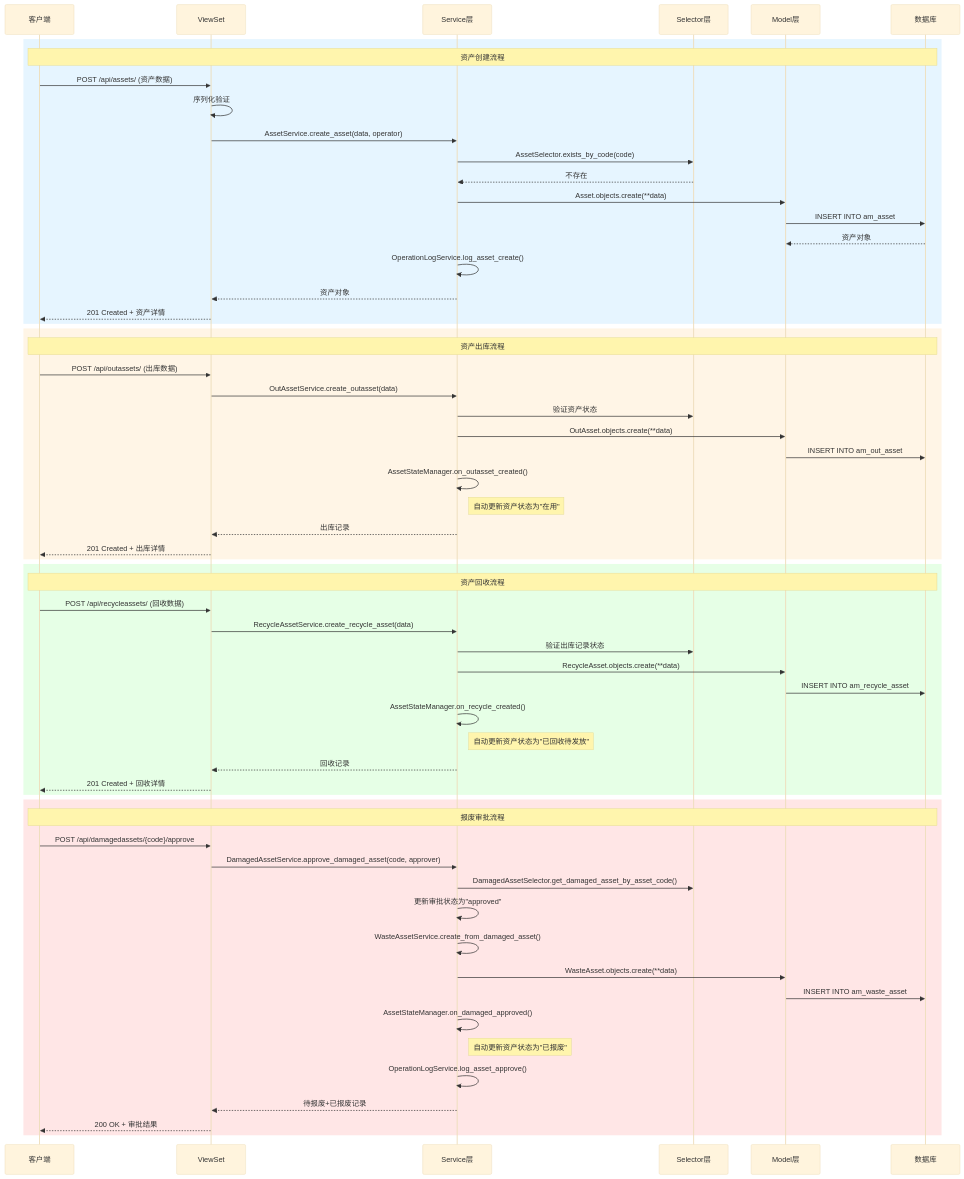
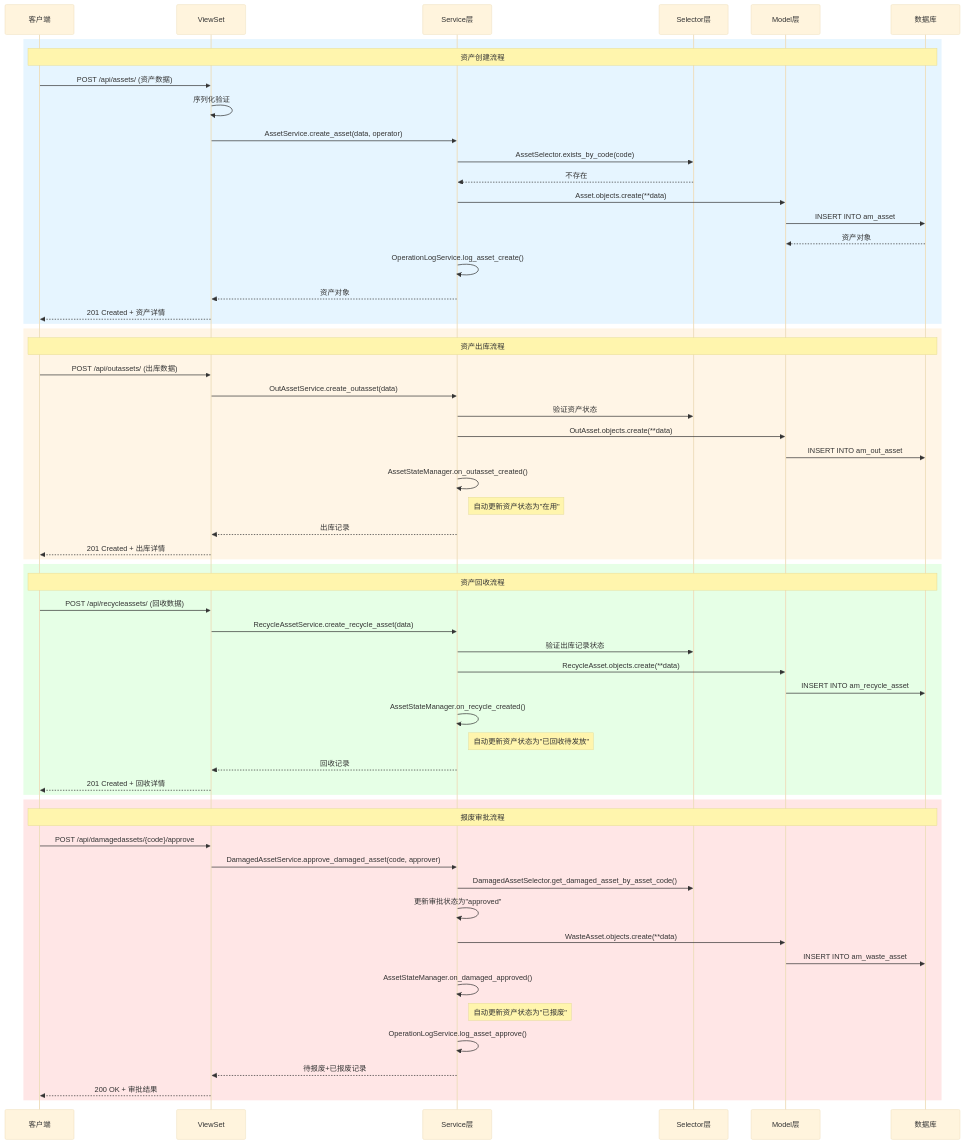
Before and after one commit to aquarius-cc/asset_management_backend: the fourth of 7 diagrams in docs/CODE_KNOWLEDGE_GRAPH.md, drawn with Mermaid (base theme). The commit also changed other lines of this file and 19 other files, not shown here.

````diff
--- a/docs/CODE_KNOWLEDGE_GRAPH.md
+++ b/docs/CODE_KNOWLEDGE_GRAPH.md
@@ -510,70 +506,69 @@
 ```mermaid
 sequenceDiagram
     participant Client as 客户端
     participant View as ViewSet
     participant Service as Service层
     participant Selector as Selector层
     participant Model as Model层
     participant DB as 数据库
 
     %% 创建资产流程
     rect rgb(230, 245, 255)
         Note over Client,DB: 资产创建流程
         Client->>View: POST /api/assets/ (资产数据)
         View->>View: 序列化验证
         View->>Service: AssetService.create_asset(data, operator)
         Service->>Selector: AssetSelector.exists_by_code(code)
         Selector-->>Service: 不存在
         Service->>Model: Asset.objects.create(**data)
         Model->>DB: INSERT INTO am_asset
         DB-->>Model: 资产对象
         Service->>Service: OperationLogService.log_asset_create()
         Service-->>View: 资产对象
         View-->>Client: 201 Created + 资产详情
     end
 
     %% 资产出库流程
     rect rgb(255, 245, 230)
         Note over Client,DB: 资产出库流程
         Client->>View: POST /api/outassets/ (出库数据)
         View->>Service: OutAssetService.create_outasset(data)
         Service->>Selector: 验证资产状态
         Service->>Model: OutAsset.objects.create(**data)
         Model->>DB: INSERT INTO am_out_asset
         Service->>Service: AssetStateManager.on_outasset_created()
         Note right of Service: 自动更新资产状态为"在用"
         Service-->>View: 出库记录
         View-->>Client: 201 Created + 出库详情
     end
 
     %% 资产回收流程
     rect rgb(230, 255, 230)
         Note over Client,DB: 资产回收流程
         Client->>View: POST /api/recycleassets/ (回收数据)
         View->>Service: RecycleAssetService.create_recycle_asset(data)
         Service->>Selector: 验证出库记录状态
         Service->>Model: RecycleAsset.objects.create(**data)
         Model->>DB: INSERT INTO am_recycle_asset
         Service->>Service: AssetStateManager.on_recycle_created()
         Note right of Service: 自动更新资产状态为"已回收待发放"
         Service-->>View: 回收记录
         View-->>Client: 201 Created + 回收详情
     end
 
     %% 报废审批流程
     rect rgb(255, 230, 230)
         Note over Client,DB: 报废审批流程
         Client->>View: POST /api/damagedassets/{code}/approve
         View->>Service: DamagedAssetService.approve_damaged_asset(code, approver)
         Service->>Selector: DamagedAssetSelector.get_damaged_asset_by_asset_code()
         Service->>Service: 更新审批状态为"approved"
-        Service->>Service: WasteAssetService.create_from_damaged_asset()
         Service->>Model: WasteAsset.objects.create(**data)
         Model->>DB: INSERT INTO am_waste_asset
         Service->>Service: AssetStateManager.on_damaged_approved()
         Note right of Service: 自动更新资产状态为"已报废"
         Service->>Service: OperationLogService.log_asset_approve()
         Service-->>View: 待报废+已报废记录
         View-->>Client: 200 OK + 审批结果
     end
 ```
````
